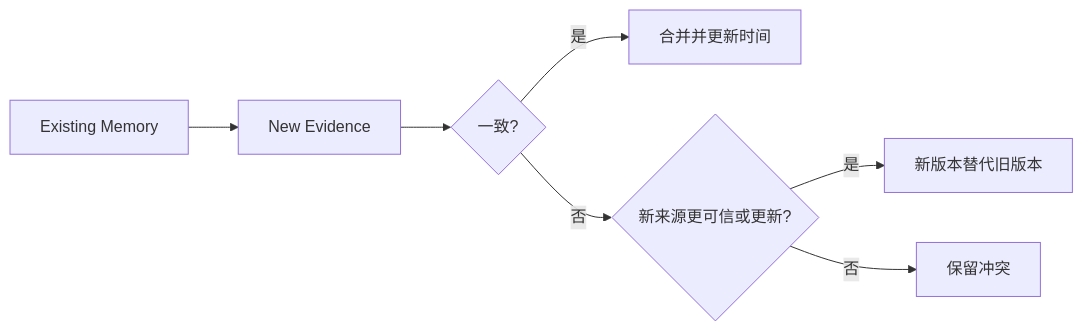
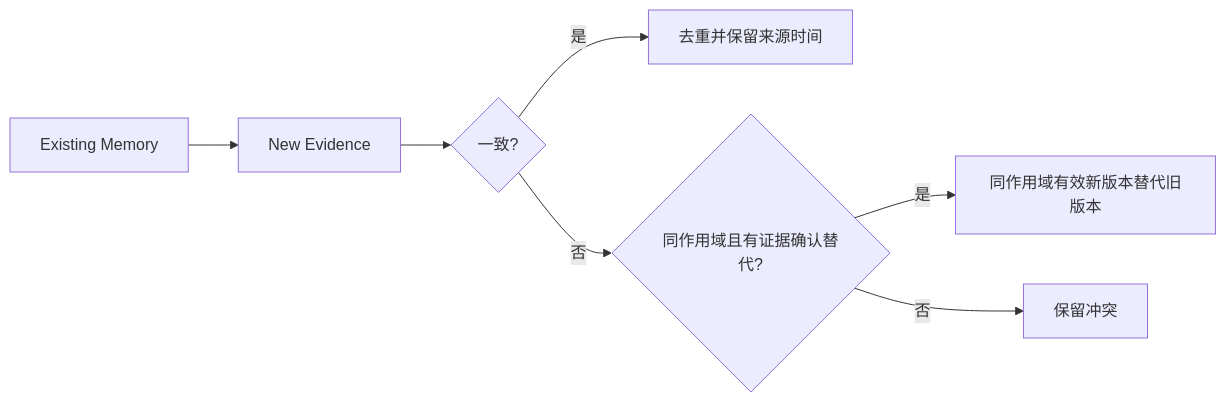
Before and after one commit to oneleaveknowsthefall/awesome-ai-roadmap: diagram 13 of 15 in docs/agent/03-memory-context/08-agent-memory-implementation.md, drawn with Mermaid. The commit also changed other lines of this file and 50 other files, not shown here.

````diff
--- a/docs/agent/03-memory-context/08-agent-memory-implementation.md
+++ b/docs/agent/03-memory-context/08-agent-memory-implementation.md
@@ -821,9 +865,9 @@
 ```mermaid
 flowchart LR
     OLD[Existing Memory] --> NEW[New Evidence]
     NEW --> C{一致?}
-    C -->|是| MERGE[合并并更新时间]
-    C -->|否| AUTH{新来源更可信或更新?}
-    AUTH -->|是| SUPERSEDE[新版本替代旧版本]
+    C -->|是| MERGE[去重并保留来源时间]
+    C -->|否| AUTH{同作用域且有证据确认替代?}
+    AUTH -->|是| SUPERSEDE[同作用域有效新版本替代旧版本]
     AUTH -->|否| CONFLICT[保留冲突]
 ```
````
